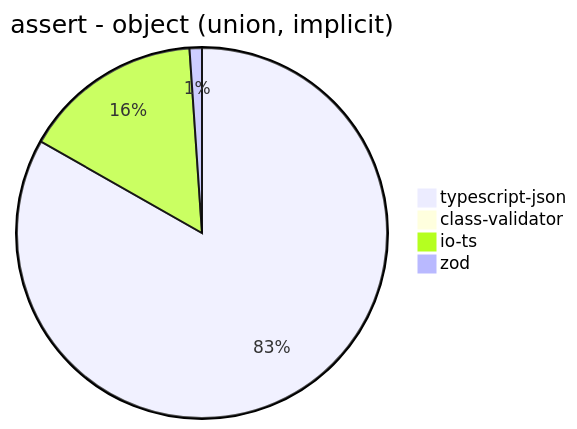
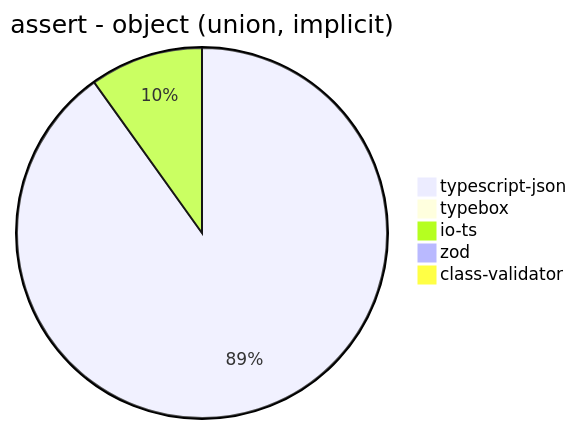
Diagram 12 of 39 in benchmark/results/11th Gen Intel(R) Core(TM) i5-1135G7 @ 2.40GHz.md (samchon/typia), drawn with Mermaid before and after one commit. The commit also changed other lines of this file and 16 other files, not shown here.

````diff
--- a/benchmark/results/11th Gen Intel(R) Core(TM) i5-1135G7 @ 2.40GHz.md
+++ b/benchmark/results/11th Gen Intel(R) Core(TM) i5-1135G7 @ 2.40GHz.md
@@ -145,7 +156,8 @@
 ```mermaid
 pie title assert - object (union, implicit)
-  "typescript-json": 3955.8432346160666
-  "class-validator": 17.266715650257165
-  "io-ts": 746.3677130044842
-  "zod": 51.424343322234556
+  "typescript-json": 4578.986039676708
+  "typebox": 0
+  "io-ts": 502.2956841138659
+  "zod": 45.82311898925137
+  "class-validator": 16.577638607478356
 ```
````
